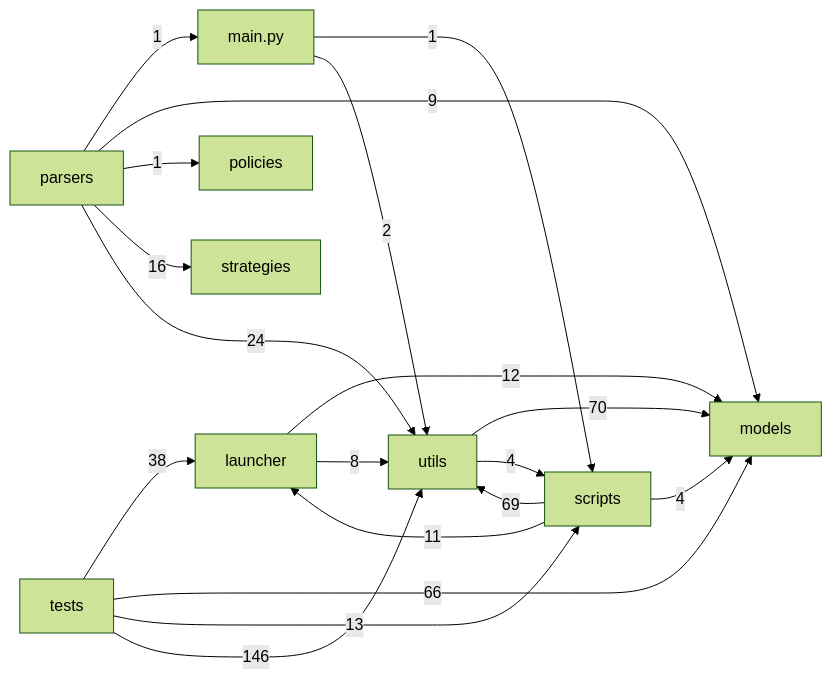
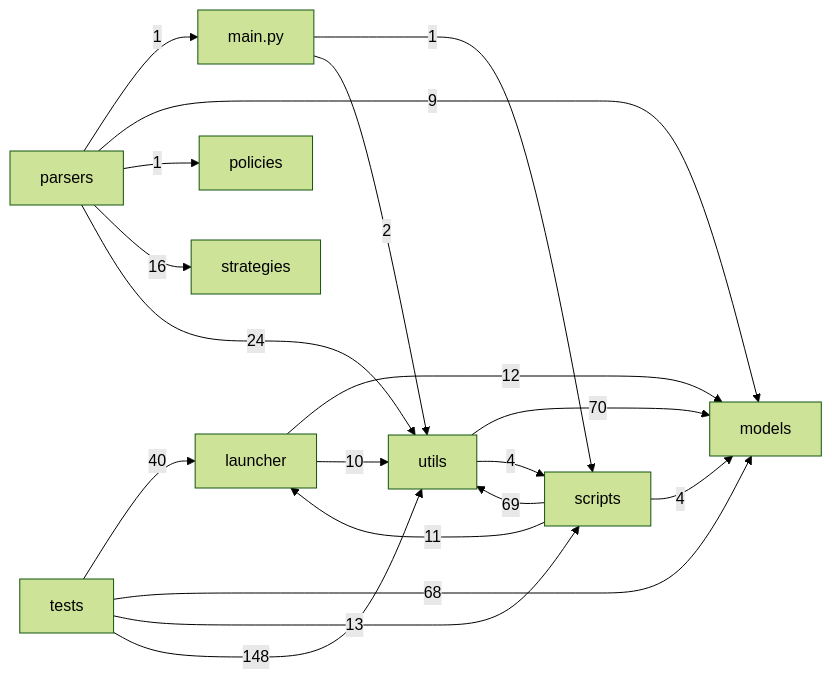
The sixth of 6 diagrams in docs/PROJECT_FILE_FLOW_MAP.md (Lyti4/ParserRIba), drawn with Mermaid (forest theme) before and after one commit. The commit also changed other lines of this file and 5 other files, not shown here.

````diff
--- a/docs/PROJECT_FILE_FLOW_MAP.md
+++ b/docs/PROJECT_FILE_FLOW_MAP.md
@@ -582,21 +588,21 @@
 ```mermaid
 flowchart LR
   n_launcher[launcher] -->|12| n_models[models]
-  n_launcher[launcher] -->|8| n_utils[utils]
+  n_launcher[launcher] -->|10| n_utils[utils]
   n_main_py[main.py] -->|1| n_scripts[scripts]
   n_main_py[main.py] -->|2| n_utils[utils]
   n_parsers[parsers] -->|1| n_main_py[main.py]
   n_parsers[parsers] -->|9| n_models[models]
   n_parsers[parsers] -->|1| n_policies[policies]
   n_parsers[parsers] -->|16| n_strategies[strategies]
   n_parsers[parsers] -->|24| n_utils[utils]
   n_scripts[scripts] -->|11| n_launcher[launcher]
   n_scripts[scripts] -->|4| n_models[models]
   n_scripts[scripts] -->|69| n_utils[utils]
-  n_tests[tests] -->|38| n_launcher[launcher]
-  n_tests[tests] -->|66| n_models[models]
+  n_tests[tests] -->|40| n_launcher[launcher]
+  n_tests[tests] -->|68| n_models[models]
   n_tests[tests] -->|13| n_scripts[scripts]
-  n_tests[tests] -->|146| n_utils[utils]
+  n_tests[tests] -->|148| n_utils[utils]
   n_utils[utils] -->|70| n_models[models]
   n_utils[utils] -->|4| n_scripts[scripts]
 ```
````
